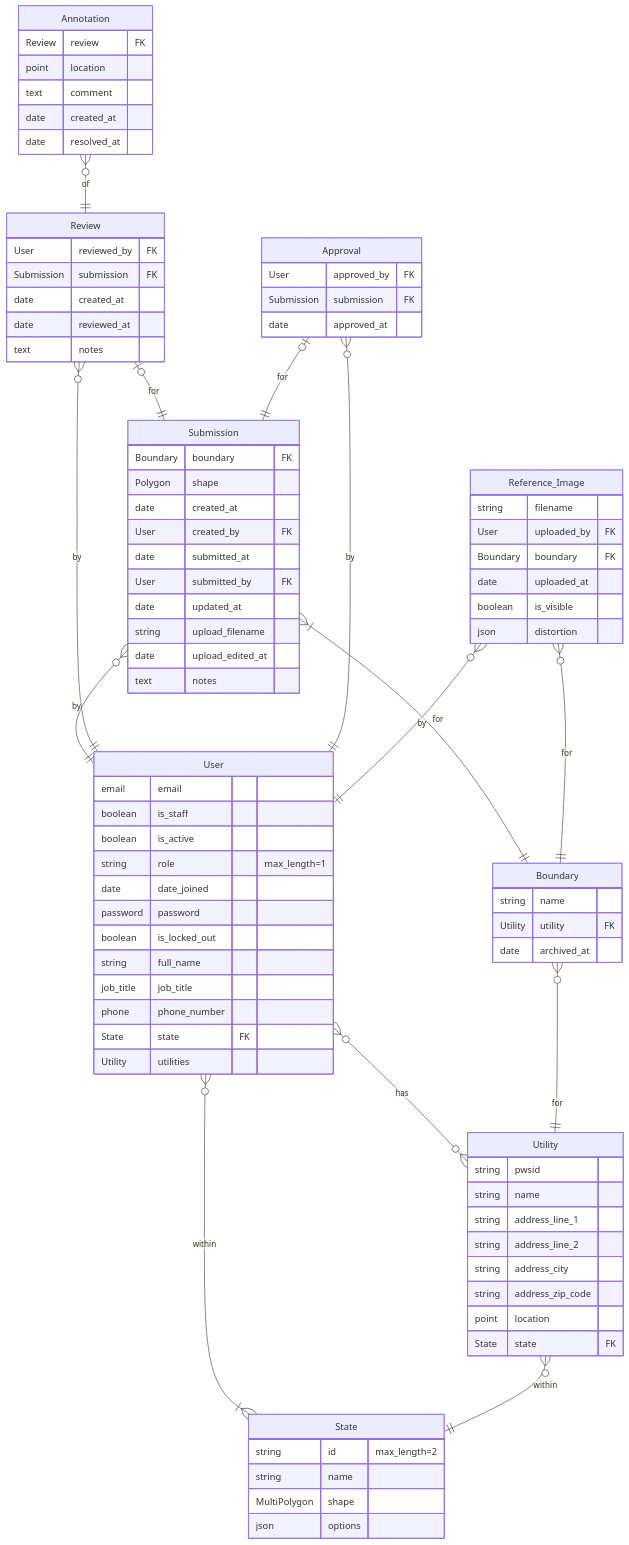
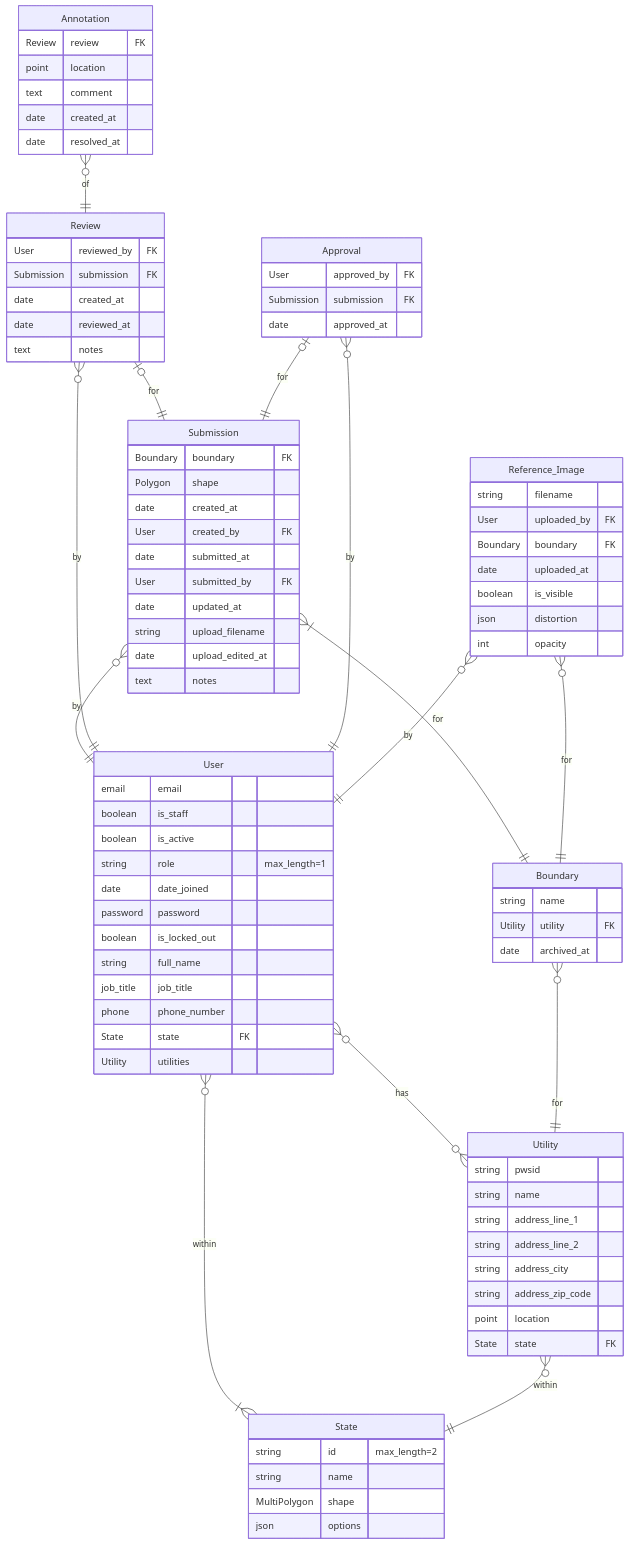
Before and after one commit to azavea/iow-boundary-tool: the diagram in doc/arch/adr-001-data-models.md, drawn with Mermaid. The commit also changed 8 other files, not shown here.

````diff
--- a/doc/arch/adr-001-data-models.md
+++ b/doc/arch/adr-001-data-models.md
@@ -94,5 +94,6 @@
         date uploaded_at
         boolean is_visible
         json distortion
+        int opacity
     }
 ```
````
